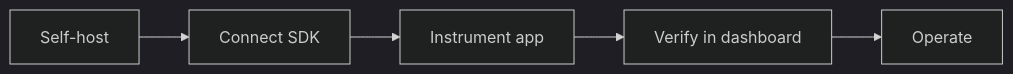
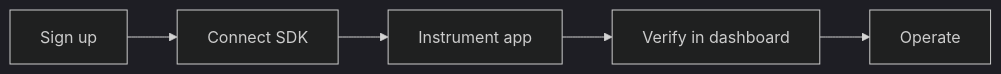
Before and after one commit to vaibhav11123/agentcogs: the diagram in README.md, drawn with Mermaid (dark theme). The commit also changed other lines of this file and 13 other files, not shown here.

````diff
--- a/README.md
+++ b/README.md
@@ -98,7 +96,7 @@
 ```mermaid
 flowchart LR
-  A[Self-host] --> B[Connect SDK]
+  A[Sign up] --> B[Connect SDK]
   B --> C[Instrument app]
   C --> D[Verify in dashboard]
   D --> E[Operate]
 ```
````
